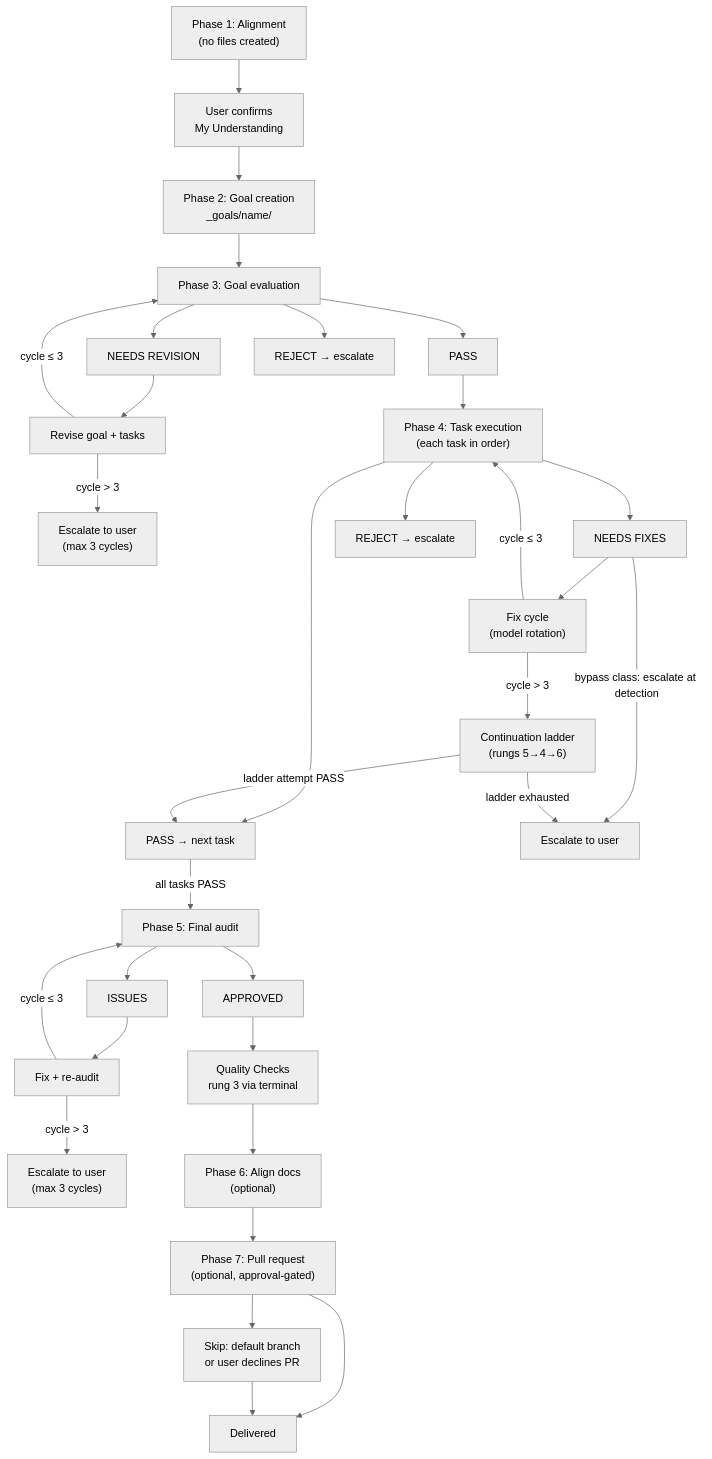
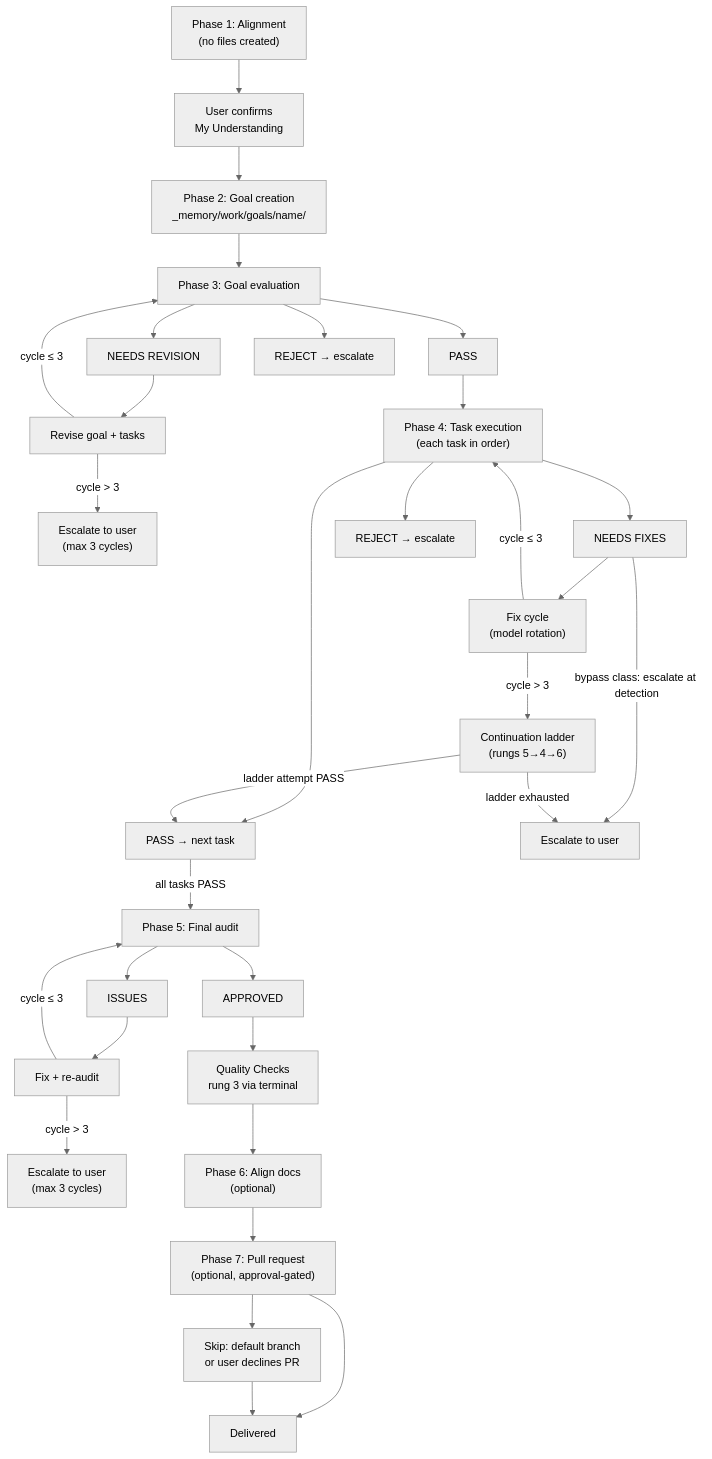
The first of 2 diagrams in docs/agent-kit/guide/feature-workflow.md (kdcllc/skills), drawn with Mermaid (neutral theme) before and after one commit. The commit also changed other lines of this file and 273 other files, not shown here.

````diff
--- a/docs/agent-kit/guide/feature-workflow.md
+++ b/docs/agent-kit/guide/feature-workflow.md
@@ -9,61 +9,61 @@
 ```mermaid
 flowchart TD
     P1["Phase 1: Alignment\n(no files created)"]
     P1Confirm["User confirms\nMy Understanding"]
-    P2["Phase 2: Goal creation\n_goals/name/"]
+    P2["Phase 2: Goal creation\n_memory/work/goals/name/"]
     P3Eval["Phase 3: Goal evaluation"]
     P3Pass["PASS"]
     P3Rev["NEEDS REVISION"]
     P3Revise["Revise goal + tasks"]
     P3Esc["Escalate to user\n(max 3 cycles)"]
     P3Reject["REJECT → escalate"]
     P4["Phase 4: Task execution\n(each task in order)"]
     P4Pass["PASS → next task"]
     P4Fix["NEEDS FIXES"]
     P4FixCycle["Fix cycle\n(model rotation)"]
     P4Ladder["Continuation ladder\n(rungs 5→4→6)"]
     P4Esc["Escalate to user"]
     P4Reject["REJECT → escalate"]
     P5Audit["Phase 5: Final audit"]
     P5App["APPROVED"]
     P5QC["Quality Checks\nrung 3 via terminal"]
     P5Issues["ISSUES"]
     P5Remed["Fix + re-audit"]
     P5Esc["Escalate to user\n(max 3 cycles)"]
     P6["Phase 6: Align docs\n(optional)"]
     P7["Phase 7: Pull request\n(optional, approval-gated)"]
     P7Skip["Skip: default branch\nor user declines PR"]
     Done["Delivered"]
 
     P1 --> P1Confirm
     P1Confirm --> P2
     P2 --> P3Eval
     P3Eval --> P3Pass
     P3Eval --> P3Rev
     P3Eval --> P3Reject
     P3Rev --> P3Revise
     P3Revise -->|"cycle ≤ 3"| P3Eval
     P3Revise -->|"cycle > 3"| P3Esc
     P3Pass --> P4
     P4 --> P4Pass
     P4 --> P4Fix
     P4 --> P4Reject
     P4Fix --> P4FixCycle
     P4Fix -->|"bypass class: escalate at detection"| P4Esc
     P4FixCycle -->|"cycle ≤ 3"| P4
     P4FixCycle -->|"cycle > 3"| P4Ladder
     P4Ladder -->|"ladder exhausted"| P4Esc
     P4Ladder -->|"ladder attempt PASS"| P4Pass
     P4Pass -->|"all tasks PASS"| P5Audit
     P5Audit --> P5App
     P5Audit --> P5Issues
     P5Issues --> P5Remed
     P5Remed -->|"cycle ≤ 3"| P5Audit
     P5Remed -->|"cycle > 3"| P5Esc
     P5App --> P5QC
     P5QC --> P6
     P6 --> P7
     P7 --> Done
     P7 --> P7Skip
     P7Skip --> Done
 ```
````
